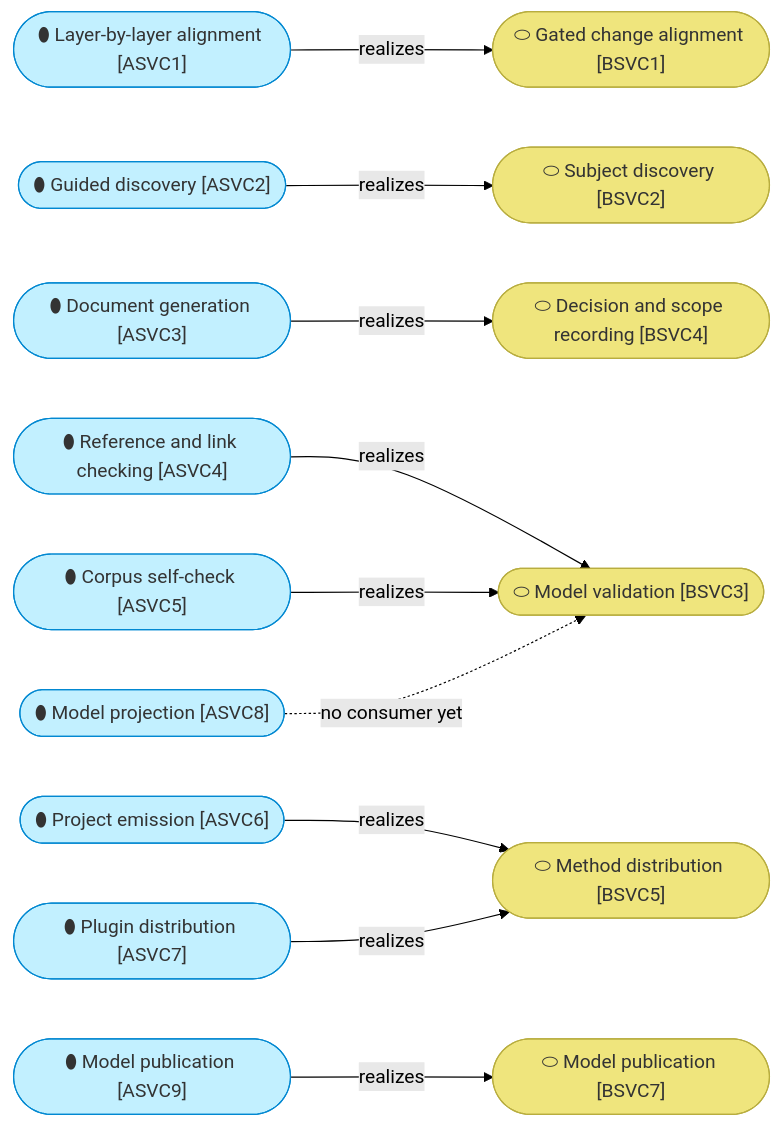
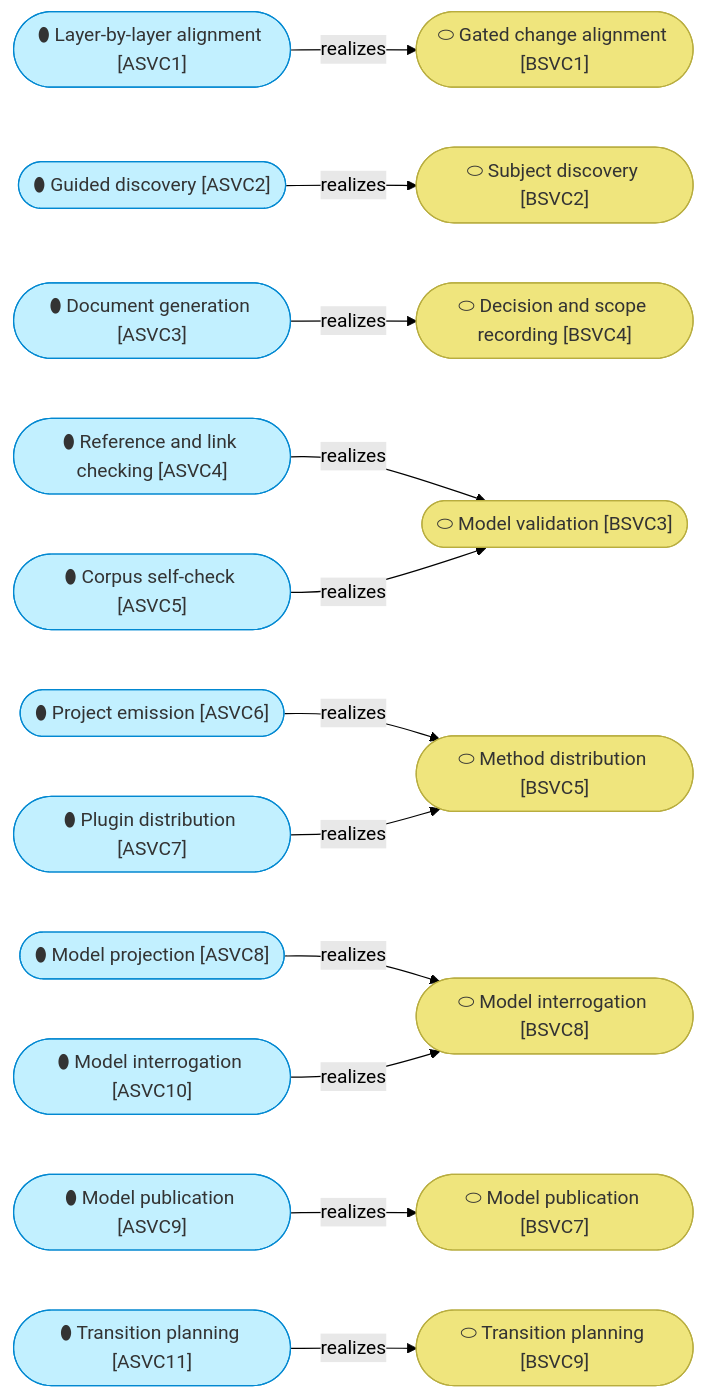
Before and after one commit to roanboc/architecture-archreator: the second of 2 diagrams in product-archreator/architecture/4_application/1_application-services.md, drawn with Mermaid (forest theme). The commit also changed other lines of this file and 15 other files, not shown here.

````diff
--- a/product-archreator/architecture/4_application/1_application-services.md
+++ b/product-archreator/architecture/4_application/1_application-services.md
@@ -28,32 +28,38 @@
 ```mermaid
 flowchart LR
   asvc1(["⬮ Layer-by-layer alignment [ASVC1]"]):::service
   asvc2(["⬮ Guided discovery [ASVC2]"]):::service
   asvc3(["⬮ Document generation [ASVC3]"]):::service
   asvc4(["⬮ Reference and link checking [ASVC4]"]):::service
   asvc5(["⬮ Corpus self-check [ASVC5]"]):::service
   asvc6(["⬮ Project emission [ASVC6]"]):::service
   asvc7(["⬮ Plugin distribution [ASVC7]"]):::service
   asvc8(["⬮ Model projection [ASVC8]"]):::service
   asvc9(["⬮ Model publication [ASVC9]"]):::service
+  asvc10(["⬮ Model interrogation [ASVC10]"]):::service
+  asvc11(["⬮ Transition planning [ASVC11]"]):::service
 
   bsvc1(["⬭ Gated change alignment [BSVC1]"]):::business
   bsvc2(["⬭ Subject discovery [BSVC2]"]):::business
   bsvc3(["⬭ Model validation [BSVC3]"]):::business
   bsvc4(["⬭ Decision and scope recording [BSVC4]"]):::business
   bsvc5(["⬭ Method distribution [BSVC5]"]):::business
   bsvc7(["⬭ Model publication [BSVC7]"]):::business
+  bsvc8(["⬭ Model interrogation [BSVC8]"]):::business
+  bsvc9(["⬭ Transition planning [BSVC9]"]):::business
 
   asvc1 -->|realizes| bsvc1
   asvc2 -->|realizes| bsvc2
   asvc3 -->|realizes| bsvc4
   asvc4 -->|realizes| bsvc3
   asvc5 -->|realizes| bsvc3
   asvc6 -->|realizes| bsvc5
   asvc7 -->|realizes| bsvc5
-  asvc8 -.->|no consumer yet| bsvc3
+  asvc8 -->|realizes| bsvc8
+  asvc10 -->|realizes| bsvc8
+  asvc11 -->|realizes| bsvc9
   asvc9 -->|realizes| bsvc7
 
   classDef service fill:#c2f0ff,stroke:#0288d1,color:#333
   classDef business fill:#efe57d,stroke:#b8ad3f,color:#333
 ```
````
